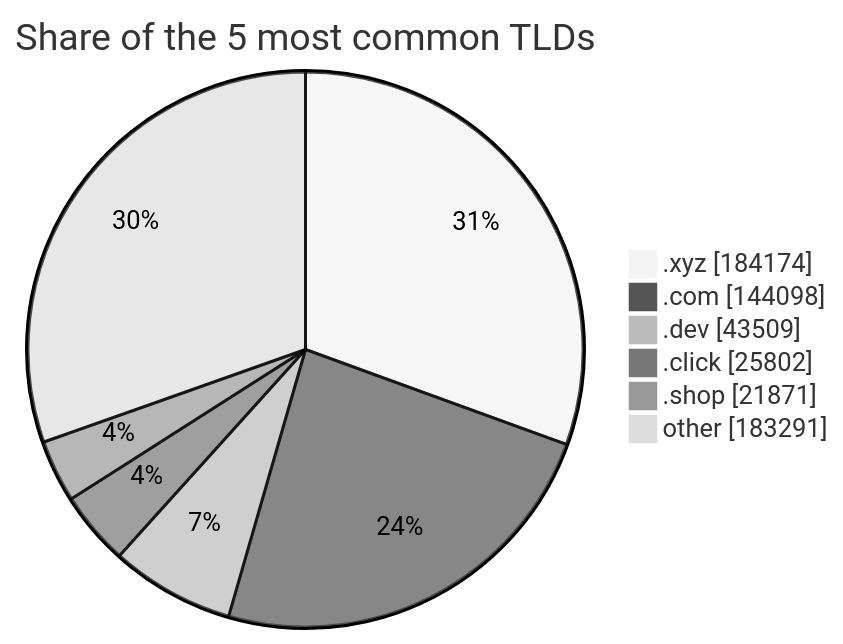
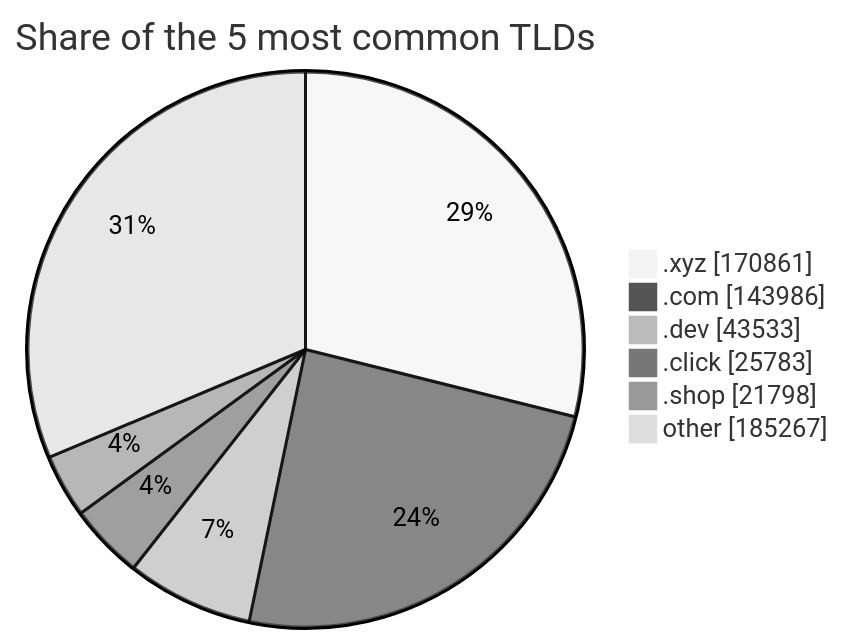
The third of 3 diagrams in README.md (DNSBunker/CTI), drawn with Mermaid (neutral theme) before and after one commit. The commit also changed other lines of this file and 3 other files, not shown here.

````diff
--- a/README.md
+++ b/README.md
@@ -81,9 +81,9 @@
 ```mermaid
 pie showData title Share of the 5 most common TLDs
-    ".xyz" : 184174
-    ".com" : 144098
-    ".dev" : 43509
-    ".click" : 25802
-    ".shop" : 21871
-    "other" : 183291
+    ".xyz" : 170861
+    ".com" : 143986
+    ".dev" : 43533
+    ".click" : 25783
+    ".shop" : 21798
+    "other" : 185267
 ```
````
